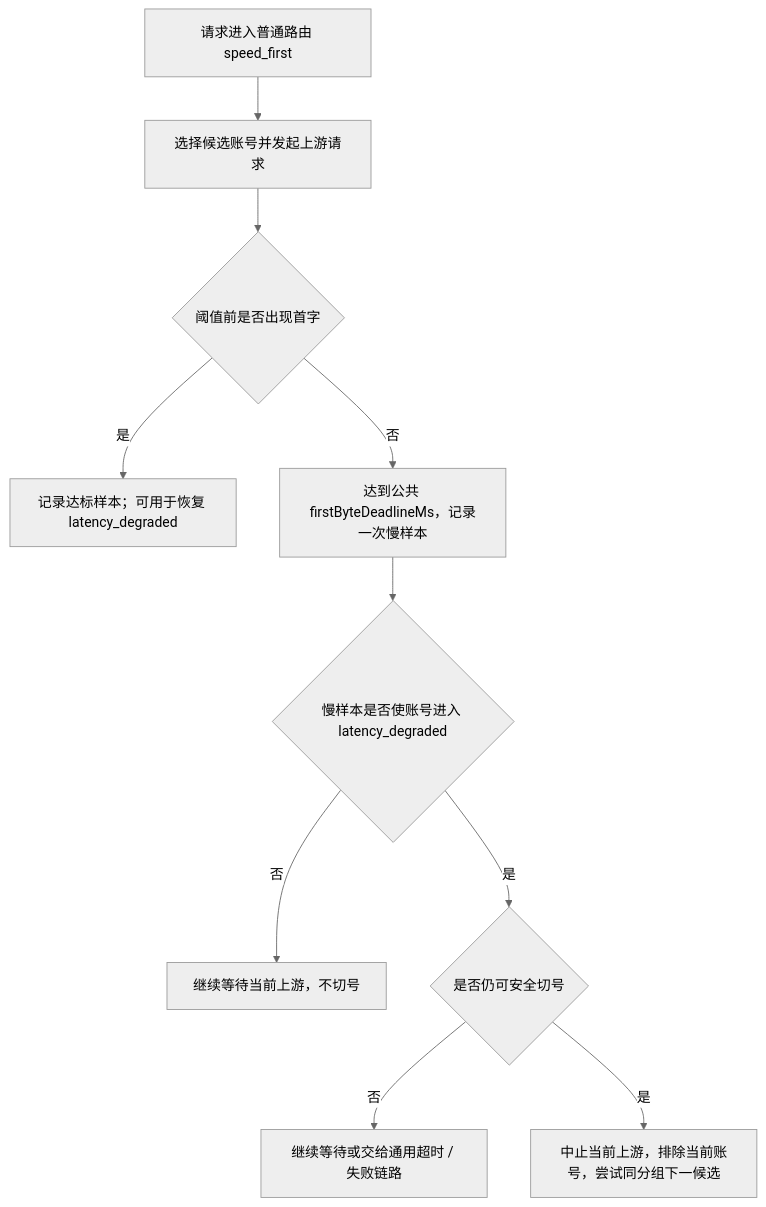
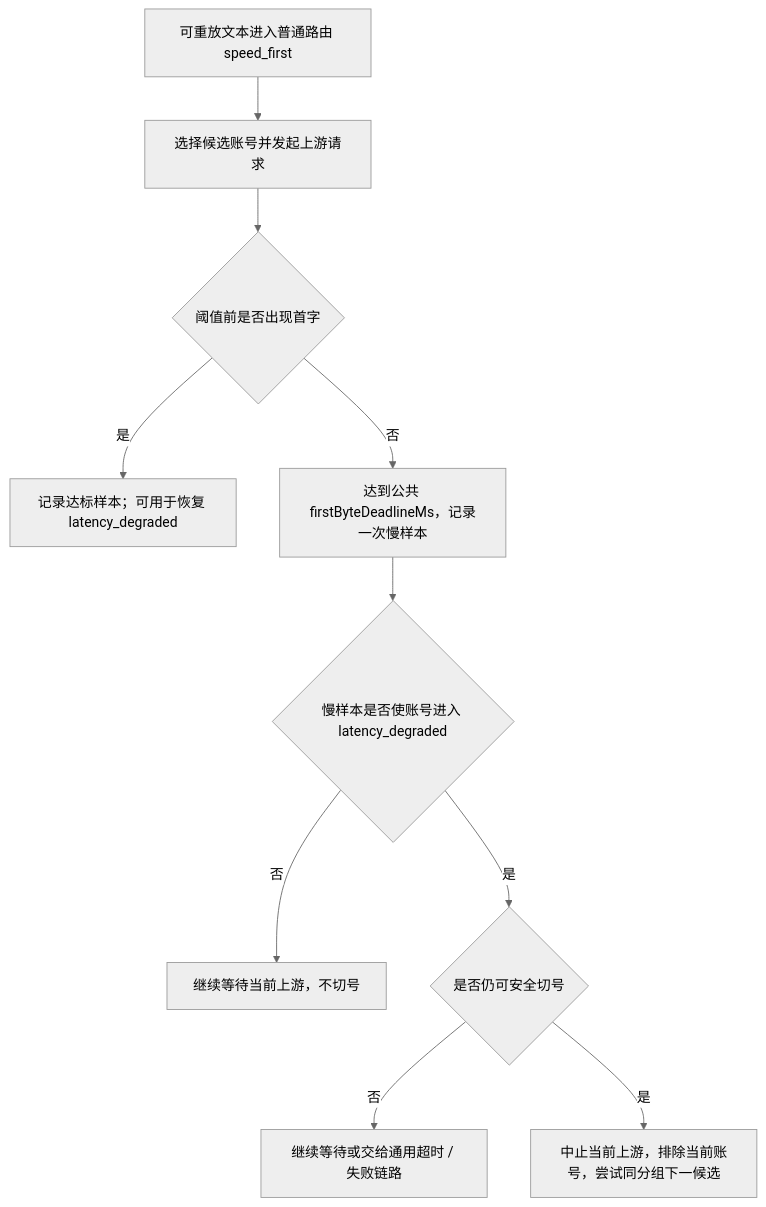
Before and after one commit to huanmin123/juhe-ai: the diagram in docs/functions/普通路由速度优先延迟切换设计.md, drawn with Mermaid (neutral theme). The commit also changed other lines of this file and 290 other files, not shown here.

````diff
--- a/docs/functions/普通路由速度优先延迟切换设计.md
+++ b/docs/functions/普通路由速度优先延迟切换设计.md
@@ -41,12 +41,12 @@
 ```mermaid
 flowchart TD
-  A["请求进入普通路由 speed_first"] --> D["选择候选账号并发起上游请求"]
+  A["可重放文本进入普通路由 speed_first"] --> D["选择候选账号并发起上游请求"]
   D --> E{"阈值前是否出现首字"}
   E -- "是" --> F["记录达标样本；可用于恢复 latency_degraded"]
   E -- "否" --> G["达到公共 firstByteDeadlineMs，记录一次慢样本"]
   G --> H{"慢样本是否使账号进入 latency_degraded"}
   H -- "否" --> I["继续等待当前上游，不切号"]
   H -- "是" --> J{"是否仍可安全切号"}
   J -- "否" --> K["继续等待或交给通用超时 / 失败链路"]
   J -- "是" --> L["中止当前上游，排除当前账号，尝试同分组下一候选"]
 ```
````
